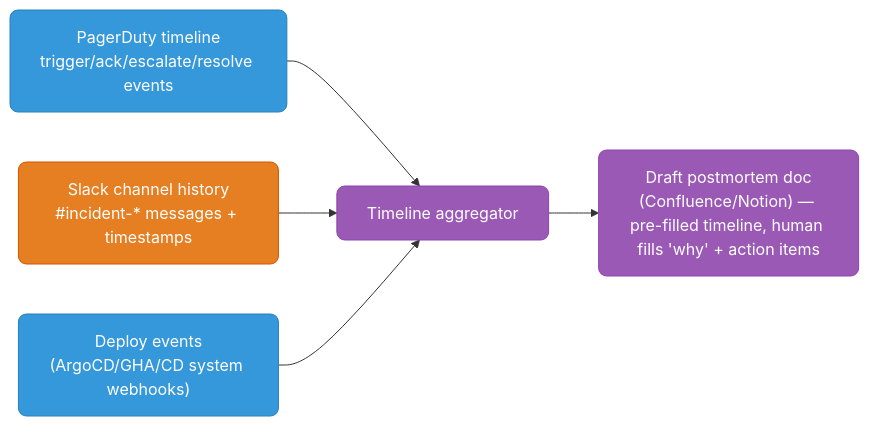
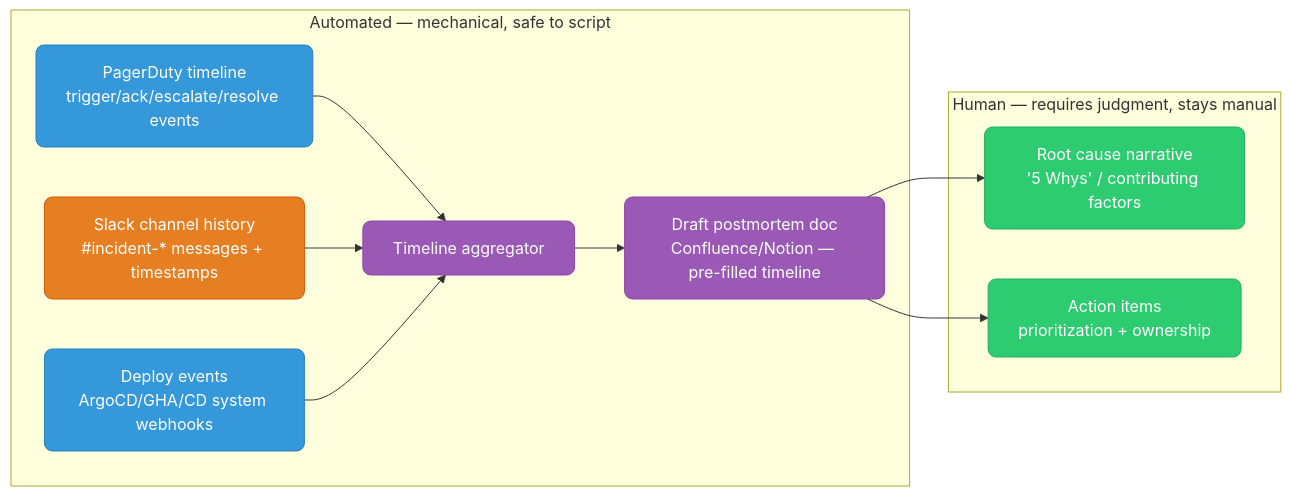
Before and after one commit to deepanshu-rawat6/DevOpsIndex: the seventh of 7 diagrams in sre/oncall-tooling.md, drawn with Mermaid. The commit also changed other lines of this file and 7 other files, not shown here.

````diff
--- a/sre/oncall-tooling.md
+++ b/sre/oncall-tooling.md
@@ -397,11 +538,22 @@
 ```mermaid
 flowchart LR
     classDef blue fill:#3498db,stroke:#2980b9,color:#fff,rx:8
     classDef orange fill:#e67e22,stroke:#d35400,color:#fff,rx:8
     classDef purple fill:#9b59b6,stroke:#8e44ad,color:#fff,rx:8
+    classDef green fill:#2ecc71,stroke:#27ae60,color:#fff,rx:8
 
-    PD["PagerDuty timeline<br>trigger/ack/escalate/resolve events"]:::blue --> AGG["Timeline aggregator"]:::purple
-    SLACK["Slack channel history<br>#incident-* messages + timestamps"]:::orange --> AGG
-    DEPLOY["Deploy events<br>(ArgoCD/GHA/CD system webhooks)"]:::blue --> AGG
-    AGG --> DOC["Draft postmortem doc<br>(Confluence/Notion) — pre-filled timeline, human fills 'why' + action items"]:::purple
+    subgraph AUTO["Automated — mechanical, safe to script"]
+        PD["PagerDuty timeline<br>trigger/ack/escalate/resolve events"]:::blue --> AGG["Timeline aggregator"]:::purple
+        SLACK["Slack channel history<br>#incident-* messages + timestamps"]:::orange --> AGG
+        DEPLOY["Deploy events<br>ArgoCD/GHA/CD system webhooks"]:::blue --> AGG
+        AGG --> DOC["Draft postmortem doc<br>Confluence/Notion — pre-filled timeline"]:::purple
+    end
+
+    subgraph HUMAN["Human — requires judgment, stays manual"]
+        WHY["Root cause narrative<br>'5 Whys' / contributing factors"]:::green
+        ACTIONS["Action items<br>prioritization + ownership"]:::green
+    end
+
+    DOC --> WHY
+    DOC --> ACTIONS
 ```
````
